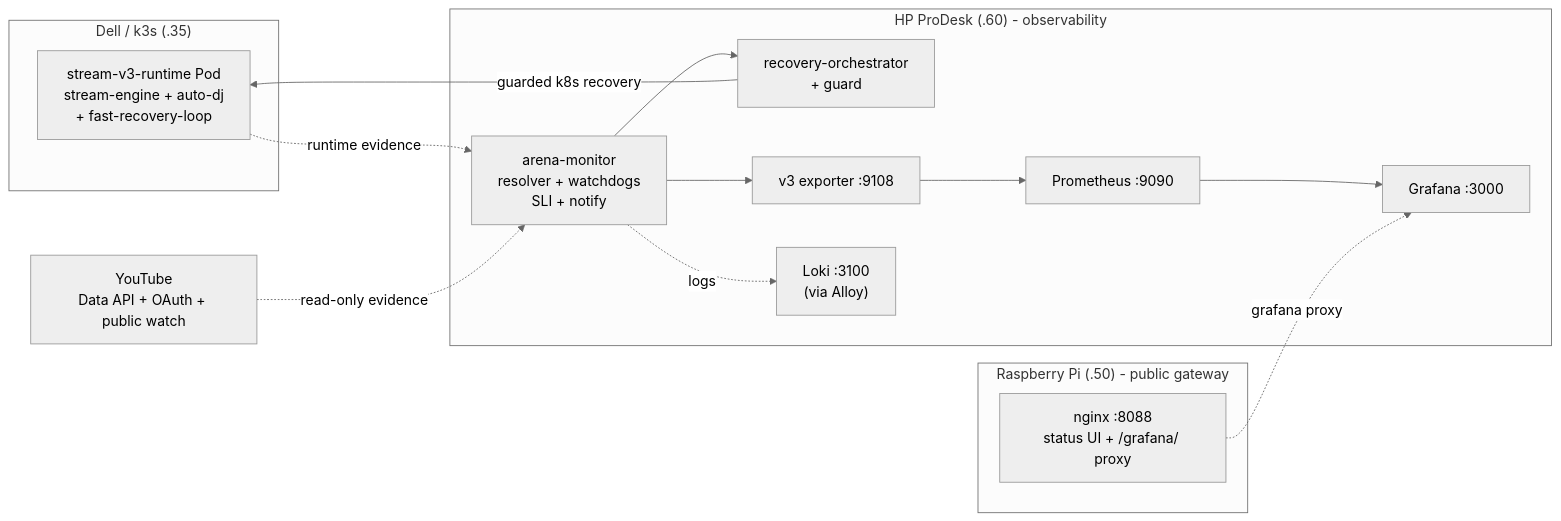
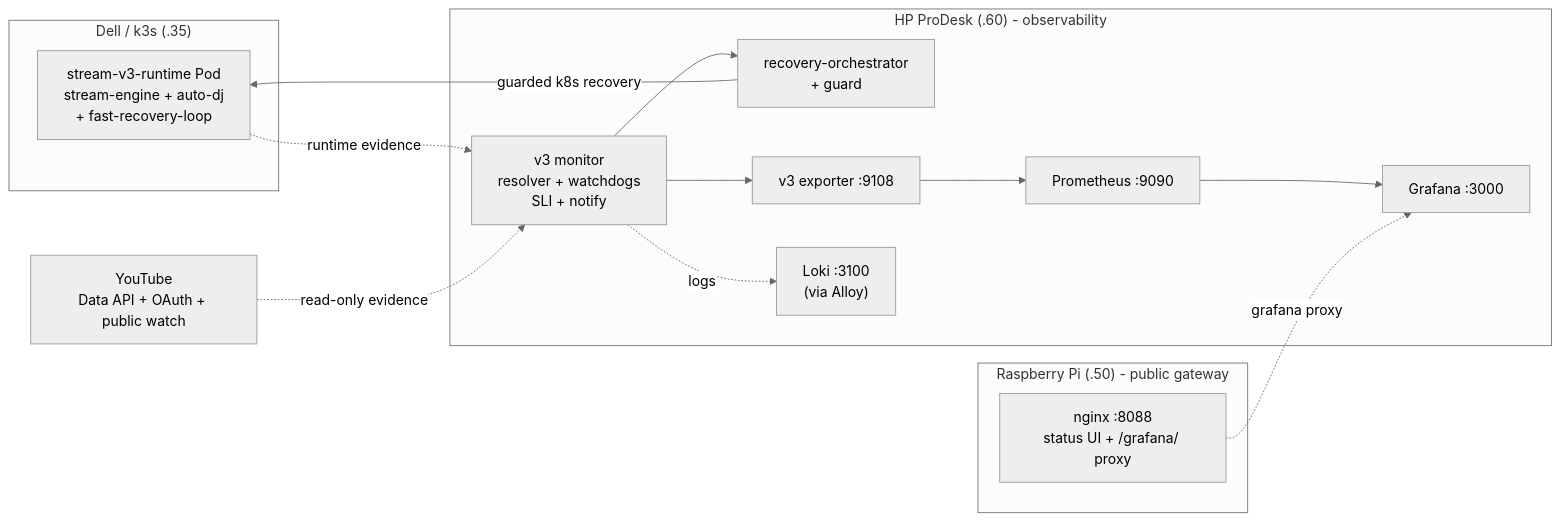
Before and after one commit to yukimurata0421/live-stream-systems-case-study: the second of 2 diagrams in README.md, drawn with Mermaid (neutral theme). The commit also changed other lines of this file and 35 other files, not shown here.

````diff
--- a/README.md
+++ b/README.md
@@ -75,29 +92,29 @@
 ```mermaid
 flowchart LR
     subgraph DELL["Dell / k3s (.35)"]
         RUN["stream-v3-runtime Pod<br/>stream-engine + auto-dj<br/>+ fast-recovery-loop"]
     end
 
     subgraph PD["HP ProDesk (.60) - observability"]
-        MON["arena-monitor<br/>resolver + watchdogs<br/>SLI + notify"]
+        MON["v3 monitor<br/>resolver + watchdogs<br/>SLI + notify"]
         ORCH["recovery-orchestrator<br/>+ guard"]
         EXP["v3 exporter :9108"]
         PROM["Prometheus :9090"]
         LOKI["Loki :3100<br/>(via Alloy)"]
         GRAF["Grafana :3000"]
     end
 
     subgraph RPI["Raspberry Pi (.50) - public gateway"]
         NGINX["nginx :8088<br/>status UI + /grafana/ proxy"]
     end
 
     YT["YouTube<br/>Data API + OAuth + public watch"]
 
     RUN -. runtime evidence .-> MON
     YT -. read-only evidence .-> MON
     MON --> ORCH
     ORCH -->|"guarded k8s recovery"| RUN
     MON --> EXP --> PROM --> GRAF
     MON -. logs .-> LOKI
     NGINX -. grafana proxy .-> GRAF
 ```
````
